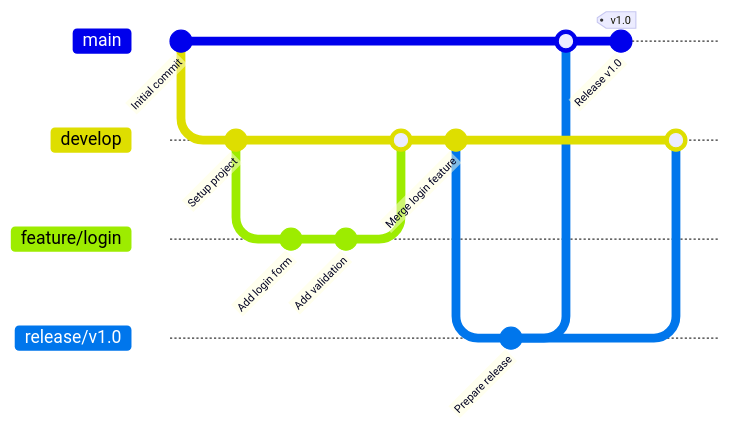
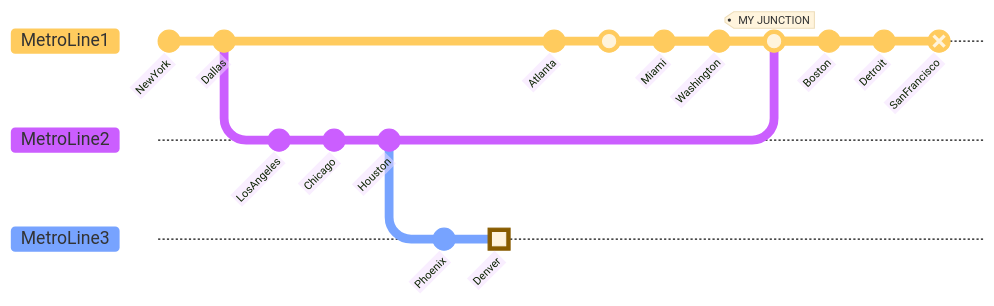
Before and after one commit to teachingai/full-stack-skills: diagram 17 of 22 in skills/mermaid/examples/gitgraph.md, drawn with Mermaid. The commit also changed other lines of this file and 1 other file, not shown here.

First line of the commit message:
docs(mermaid): 更新甘特图和Git图表示例文档

````diff
--- a/skills/mermaid/examples/gitgraph.md
+++ b/skills/mermaid/examples/gitgraph.md
@@ -142,22 +464,31 @@
 ```mermaid
+---
+config:
+  logLevel: 'debug'
+  theme: 'base'
+  gitGraph:
+    showBranches: true
+    showCommitLabel: true
+    mainBranchName: 'MetroLine1'
+---
 gitGraph
-    commit id: "Initial commit"
-    branch develop
-    checkout develop
-    commit id: "Setup project"
-    branch feature/login
-    checkout feature/login
-    commit id: "Add login form"
-    commit id: "Add validation"
-    checkout develop
-    merge feature/login
-    commit id: "Merge login feature"
-    branch release/v1.0
-    checkout release/v1.0
-    commit id: "Prepare release"
-    checkout main
-    merge release/v1.0
-    commit id: "Release v1.0" tag: "v1.0"
-    checkout develop
-    merge release/v1.0
+    commit id:"NewYork"
+    commit id:"Dallas"
+    branch MetroLine2
+    commit id:"LosAngeles"
+    commit id:"Chicago"
+    commit id:"Houston"
+    branch MetroLine3
+    commit id:"Phoenix"
+    commit type: HIGHLIGHT id:"Denver"
+    commit id:"Boston"
+    checkout MetroLine1
+    commit id:"Atlanta"
+    merge MetroLine3
+    commit id:"Miami"
+    commit id:"Washington"
+    merge MetroLine2 tag:"MY JUNCTION"
+    commit id:"Boston"
+    commit id:"Detroit"
+    commit type:REVERSE id:"SanFrancisco"
 ```
````
